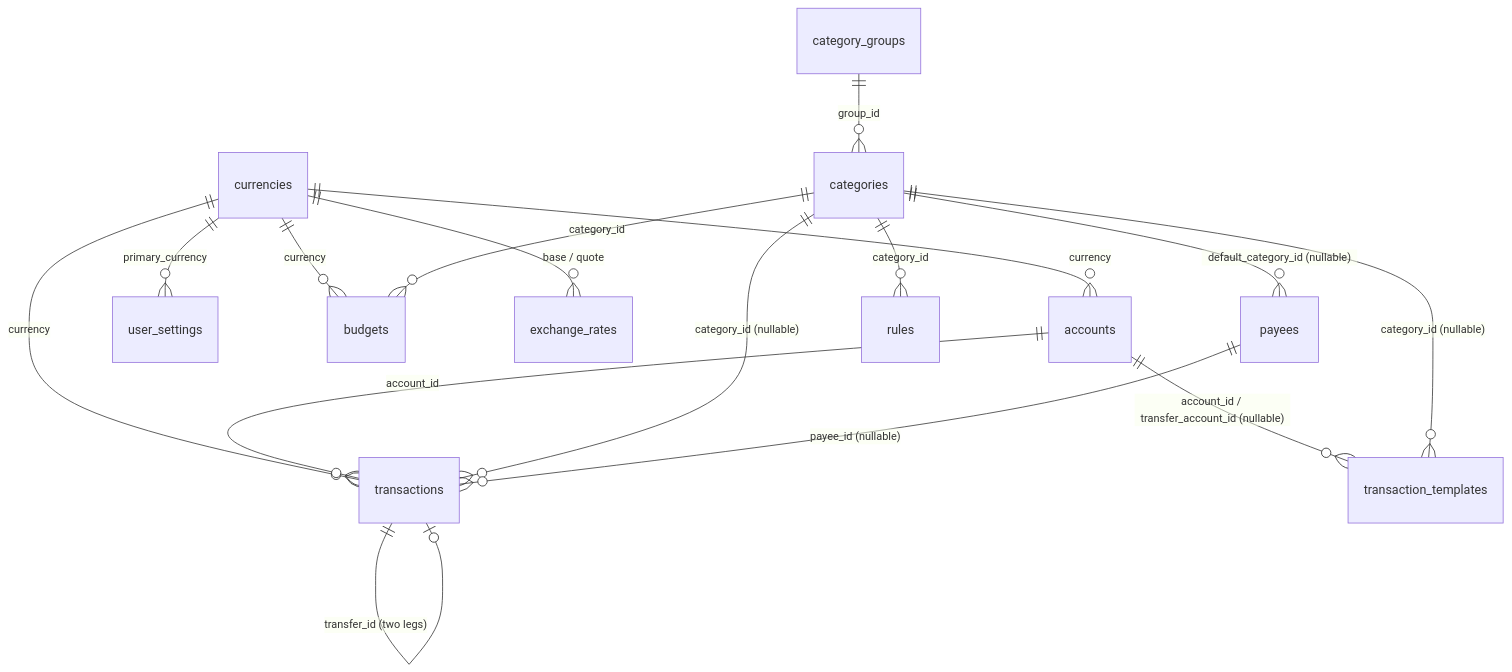
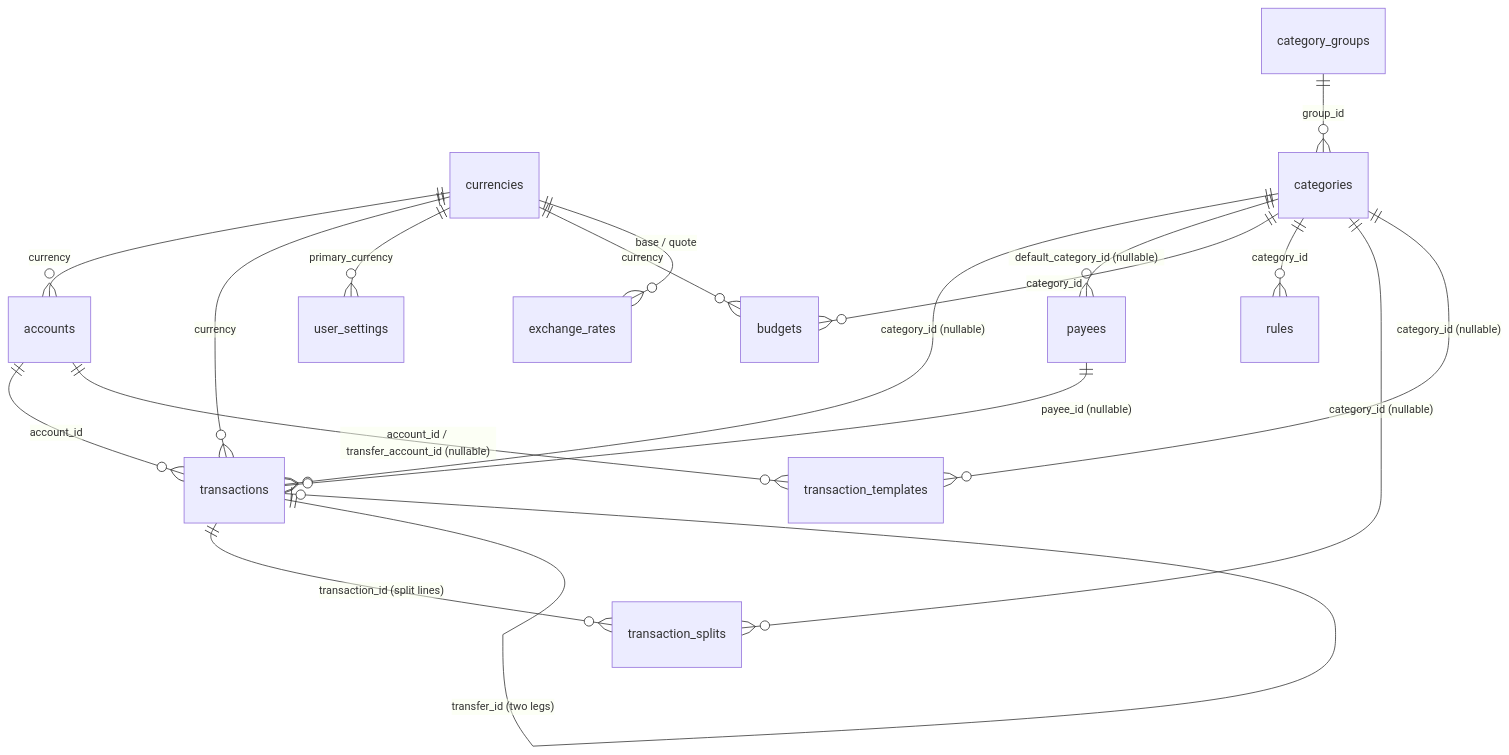
The diagram in docs/architecture/data-model.md (lucasvallejodev/my-budget-tracker), drawn with Mermaid before and after one commit. The commit also changed other lines of this file and 47 other files, not shown here.

First line of the commit message:
Add split transactions

````diff
--- a/docs/architecture/data-model.md
+++ b/docs/architecture/data-model.md
@@ -17,18 +17,20 @@
 ```mermaid
 erDiagram
   currencies ||--o{ accounts : "currency"
   currencies ||--o{ transactions : "currency"
   currencies ||--o{ user_settings : "primary_currency"
   currencies ||--o{ budgets : "currency"
   currencies ||--o{ exchange_rates : "base / quote"
   accounts ||--o{ transactions : "account_id"
   category_groups ||--o{ categories : "group_id"
   categories ||--o{ transactions : "category_id (nullable)"
   categories ||--o{ payees : "default_category_id (nullable)"
   categories ||--o{ budgets : "category_id"
   categories ||--o{ rules : "category_id"
   payees ||--o{ transactions : "payee_id (nullable)"
+  transactions ||--o{ transaction_splits : "transaction_id (split lines)"
+  categories ||--o{ transaction_splits : "category_id (nullable)"
   accounts ||--o{ transaction_templates : "account_id / transfer_account_id (nullable)"
   categories ||--o{ transaction_templates : "category_id (nullable)"
   transactions ||--o| transactions : "transfer_id (two legs)"
 ```
````
